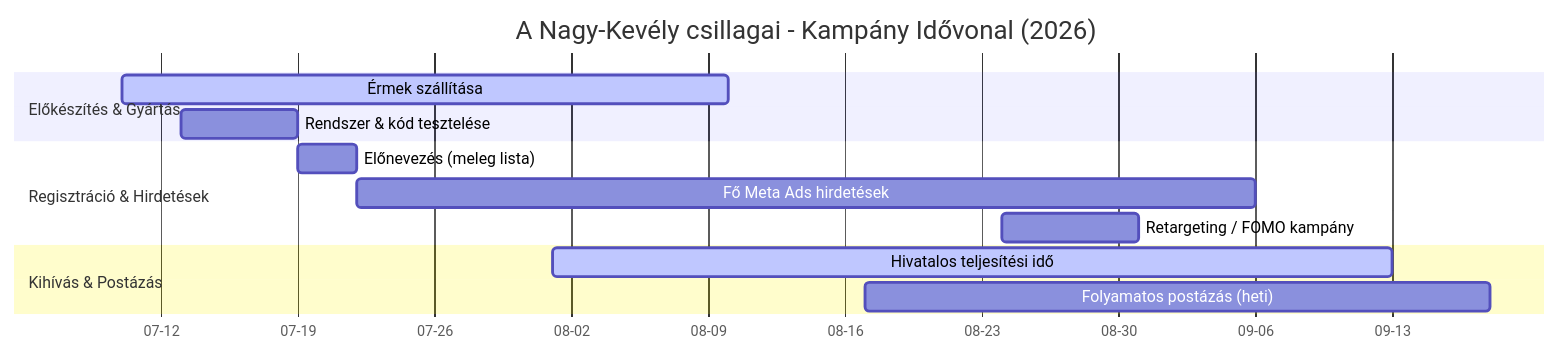
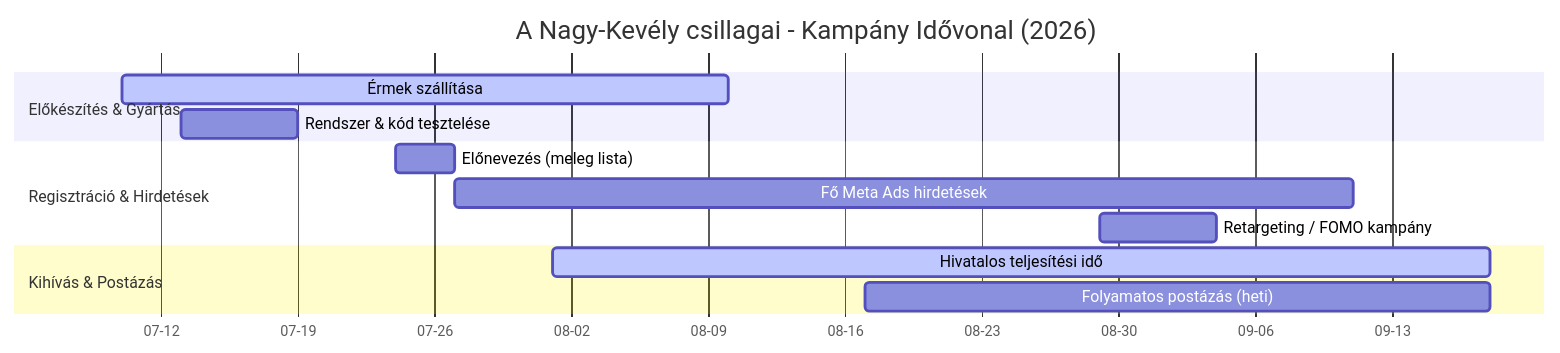
The diagram in VitaSteps/campaigns/nagy_kevely_csillagai.md (Admex666/other_projects), drawn with Mermaid before and after one commit. The commit also changed 13 other files, not shown here.

Commit message:
feat: initialize business operations framework with architecture docs, SQL schema, automated tracking scripts, and administrative API routes.

````diff
--- a/VitaSteps/campaigns/nagy_kevely_csillagai.md
+++ b/VitaSteps/campaigns/nagy_kevely_csillagai.md
@@ -30,19 +30,19 @@
 ```mermaid
 gantt
     title A Nagy-Kevély csillagai - Kampány Idővonal (2026)
     dateFormat  YYYY-MM-DD
     axisFormat  %m-%d
     
     section Előkészítés & Gyártás
     Érmek szállítása            :active, des1, 2026-07-10, 2026-08-10
     Rendszer & kód tesztelése   :des2, 2026-07-13, 2026-07-19
     
     section Regisztráció & Hirdetések
-    Előnevezés (meleg lista)    :des3, 2026-07-19, 2026-07-22
-    Fő Meta Ads hirdetések      :des4, 2026-07-22, 2026-09-06
-    Retargeting / FOMO kampány  :des5, 2026-08-24, 2026-08-31
+    Előnevezés (meleg lista)    :des3, 2026-07-24, 2026-07-27
+    Fő Meta Ads hirdetések      :des4, 2026-07-27, 2026-09-11
+    Retargeting / FOMO kampány  :des5, 2026-08-29, 2026-09-04
     
     section Kihívás & Postázás
-    Hivatalos teljesítési idő   :active, des6, 2026-08-01, 2026-09-13
+    Hivatalos teljesítési idő   :active, des6, 2026-08-01, 2026-09-18
     Folyamatos postázás (heti)  :des8, 2026-08-17, 2026-09-18
 ```
````
